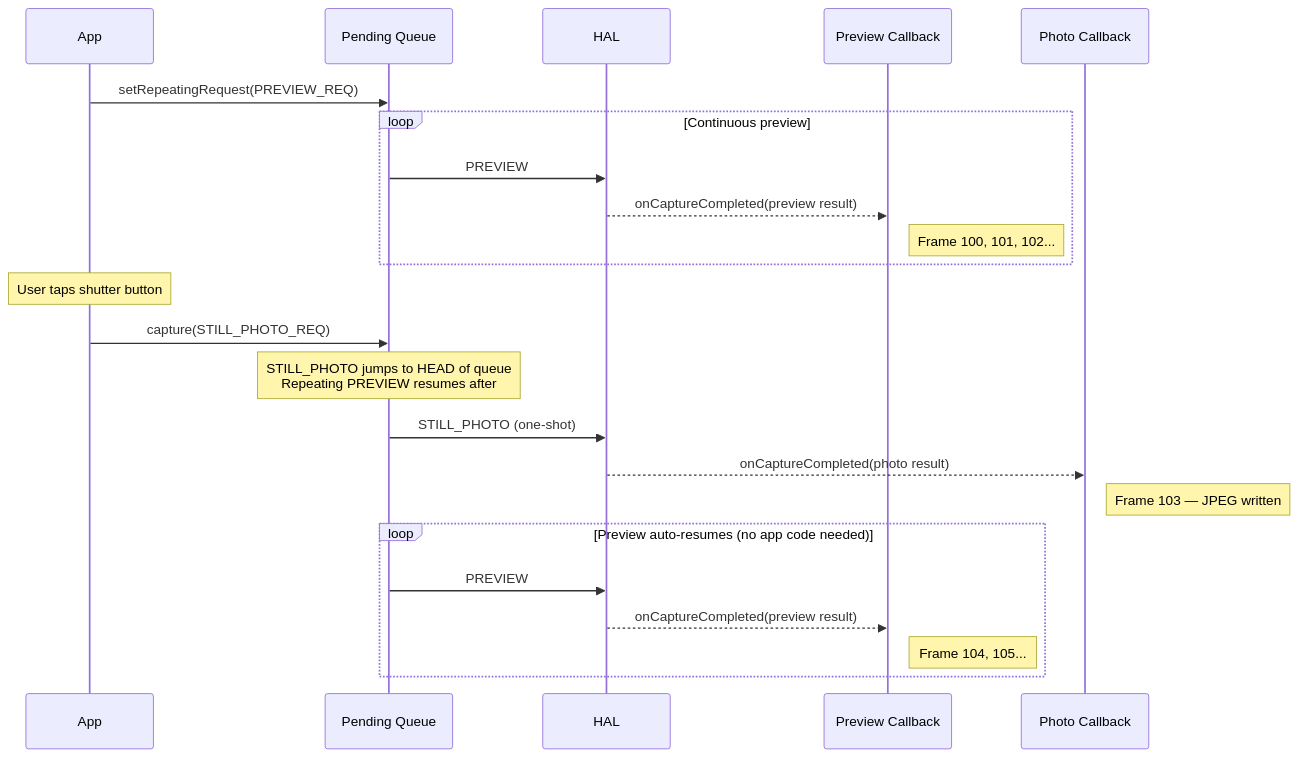
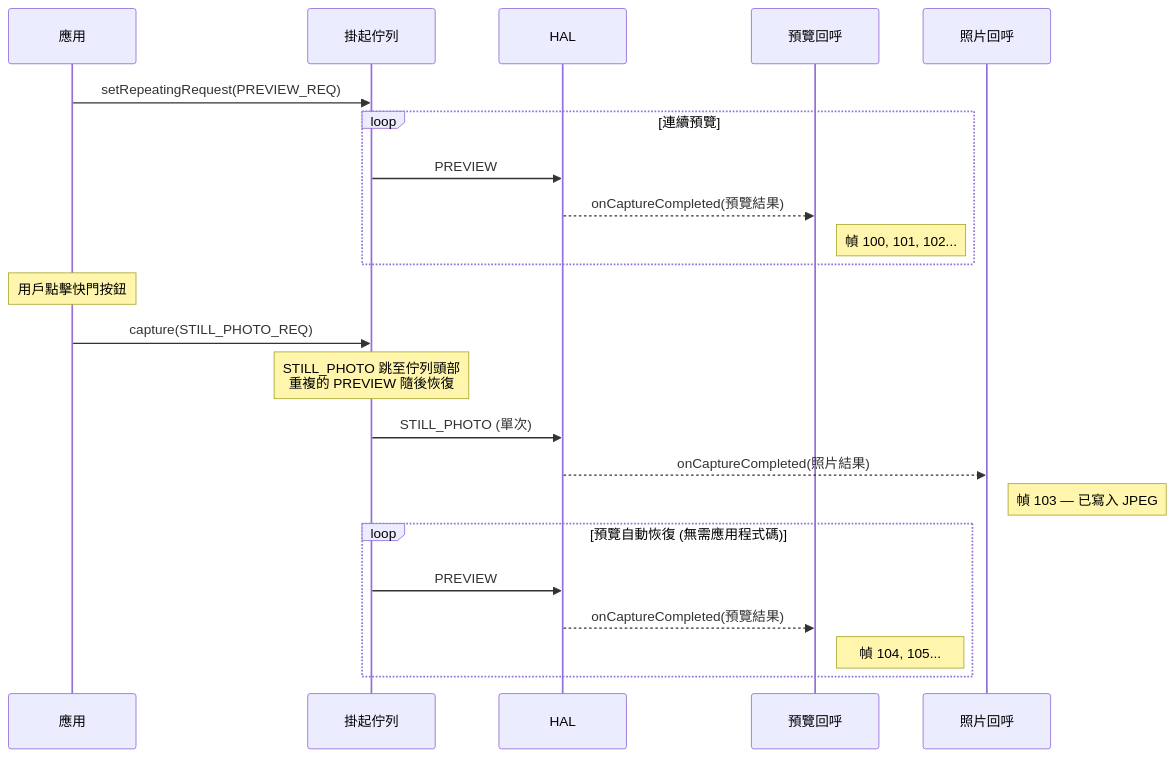
The first of 6 diagrams in website/i18n/zh-Hant/docusaurus-plugin-content-docs/current/camera2/capture-types.md (zoozooll/AndroidCameraParameters), drawn with Mermaid before and after one commit. The commit also changed other lines of this file and 378 other files, not shown here.

````diff
--- a/website/i18n/zh-Hant/docusaurus-plugin-content-docs/current/camera2/capture-types.md
+++ b/website/i18n/zh-Hant/docusaurus-plugin-content-docs/current/camera2/capture-types.md
@@ -63,29 +63,29 @@
 ```mermaid
 sequenceDiagram
-    participant App
-    participant Queue as Pending Queue
+    participant App as 應用
+    participant Queue as 掛起佇列
     participant HAL
-    participant Prev as Preview Callback
-    participant Photo as Photo Callback
+    participant Prev as 預覽回呼
+    participant Photo as 照片回呼
 
     App->>Queue: setRepeatingRequest(PREVIEW_REQ)
-    loop Continuous preview
+    loop 連續預覽
         Queue->>HAL: PREVIEW
-        HAL-->>Prev: onCaptureCompleted(preview result)
-        Note right of Prev: Frame 100, 101, 102...
+        HAL-->>Prev: onCaptureCompleted(預覽結果)
+        Note right of Prev: 幀 100, 101, 102...
     end
 
-    Note over App: User taps shutter button
+    Note over App: 用戶點擊快門按鈕
     App->>Queue: capture(STILL_PHOTO_REQ)
-    Note over Queue: STILL_PHOTO jumps to HEAD of queue<br/>Repeating PREVIEW resumes after
+    Note over Queue: STILL_PHOTO 跳至佇列頭部<br/>重複的 PREVIEW 隨後恢復
 
-    Queue->>HAL: STILL_PHOTO (one-shot)
-    HAL-->>Photo: onCaptureCompleted(photo result)
-    Note right of Photo: Frame 103 — JPEG written
+    Queue->>HAL: STILL_PHOTO (單次)
+    HAL-->>Photo: onCaptureCompleted(照片結果)
+    Note right of Photo: 幀 103 — 已寫入 JPEG
 
-    loop Preview auto-resumes (no app code needed)
+    loop 預覽自動恢復 (無需應用程式碼)
         Queue->>HAL: PREVIEW
-        HAL-->>Prev: onCaptureCompleted(preview result)
-        Note right of Prev: Frame 104, 105...
+        HAL-->>Prev: onCaptureCompleted(預覽結果)
+        Note right of Prev: 幀 104, 105...
     end
 ```
````
